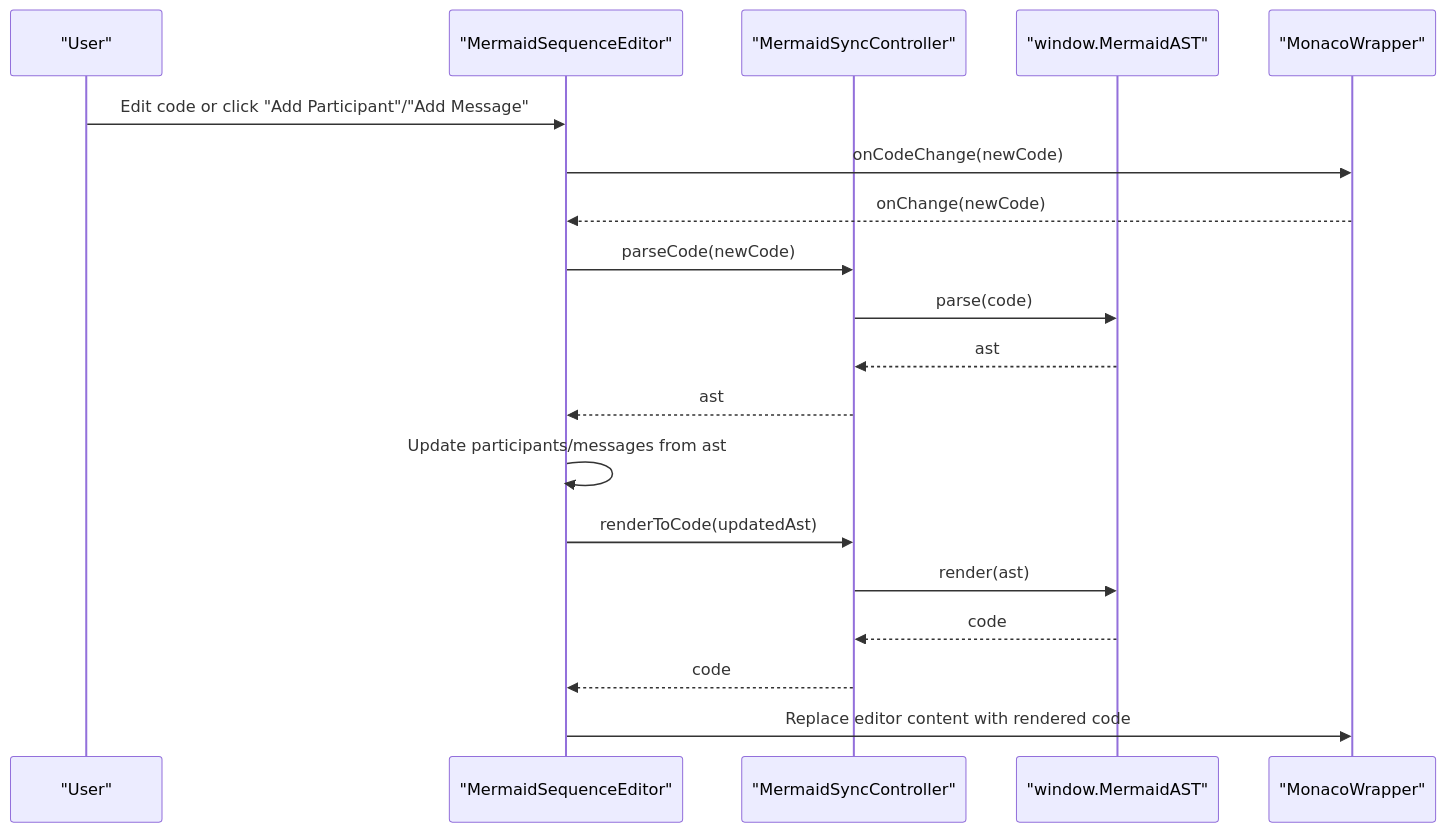
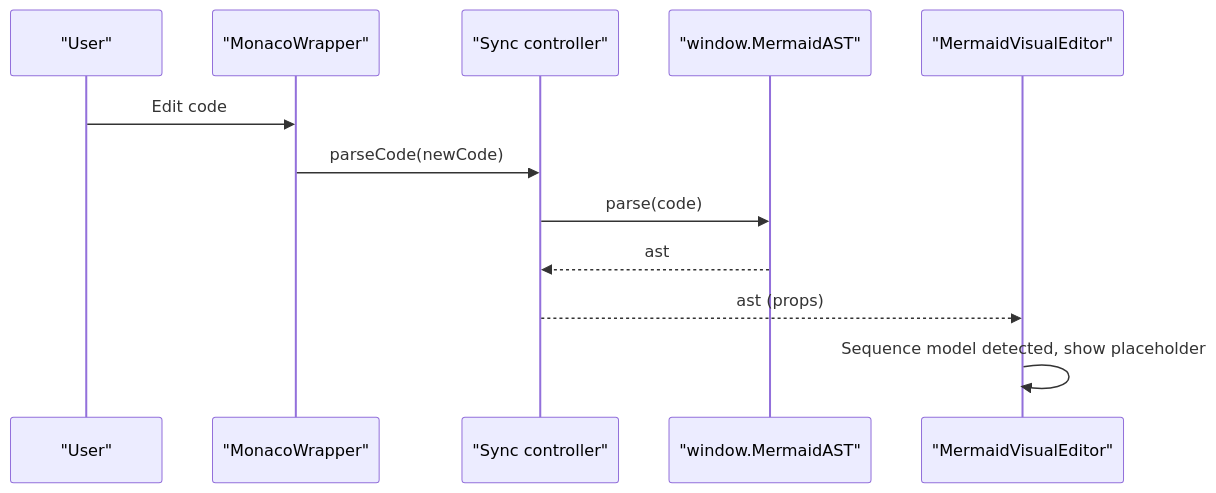
Before and after one commit to ongchonghian/universal-diagram-editor: the second of 8 diagrams in .qoder/repowiki/en/content/Diagram Types and Formats/Mermaid Diagrams/Sequence Diagrams.md, drawn with Mermaid. The commit also changed other lines of this file and 31 other files, not shown here.

````diff
--- a/.qoder/repowiki/en/content/Diagram Types and Formats/Mermaid Diagrams/Sequence Diagrams.md
+++ b/.qoder/repowiki/en/content/Diagram Types and Formats/Mermaid Diagrams/Sequence Diagrams.md
@@ -100,21 +96,14 @@
 ```mermaid
 sequenceDiagram
 participant User as "User"
-participant UI as "MermaidSequenceEditor"
-participant Sync as "MermaidSyncController"
+participant Monaco as "MonacoWrapper"
+participant Sync as "Sync controller"
 participant AST as "window.MermaidAST"
-participant Monaco as "MonacoWrapper"
-User->>UI : Edit code or click "Add Participant"/"Add Message"
-UI->>Monaco : onCodeChange(newCode)
-Monaco-->>UI : onChange(newCode)
-UI->>Sync : parseCode(newCode)
-Sync->>AST : parse(code)
-AST-->>Sync : ast
-Sync-->>UI : ast
-UI->>UI : Update participants/messages from ast
-UI->>Sync : renderToCode(updatedAst)
-Sync->>AST : render(ast)
-AST-->>Sync : code
-Sync-->>UI : code
-UI->>Monaco : Replace editor content with rendered code
+participant UI as "MermaidVisualEditor"
+User->>Monaco: Edit code
+Monaco->>Sync: parseCode(newCode)
+Sync->>AST: parse(code)
+AST-->>Sync: ast
+Sync-->>UI: ast (props)
+UI->>UI: Sequence model detected, show placeholder
 ```
````
